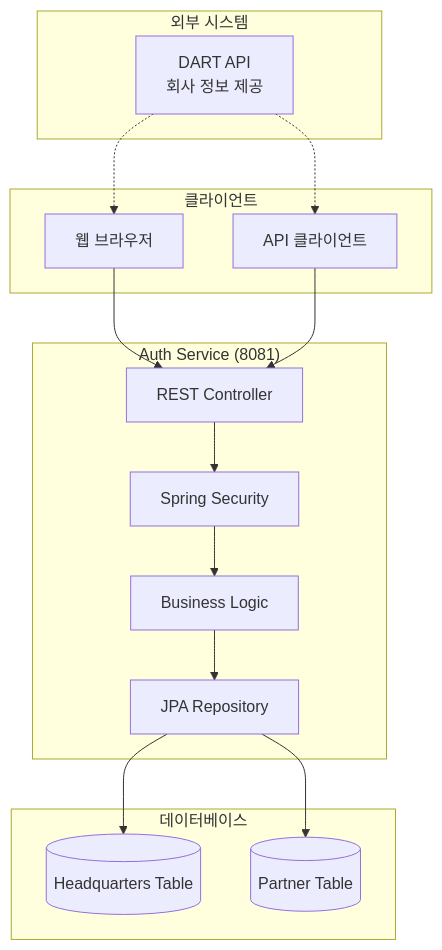
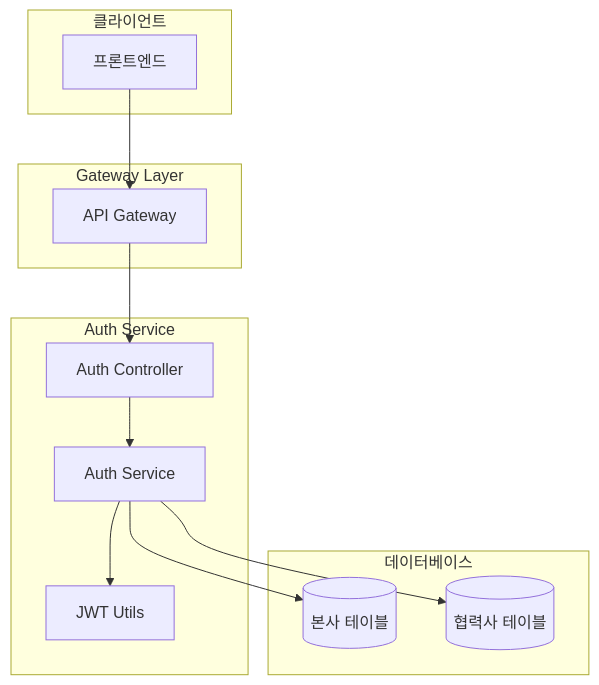
One commit to NSMM-v2/auth-service changed the first of 6 diagrams in README.md. Above: the diagram before and after it, drawn with Mermaid. The commit also changed other lines of this file and 5 other files, not shown here.

````diff
--- a/README.md
+++ b/README.md
@@ -43,36 +28,28 @@
 ```mermaid
 graph TB
     subgraph "클라이언트"
-        WEB[웹 브라우저]
-        API[API 클라이언트]
+        FE[프론트엔드]
     end
-
-    subgraph "Auth Service (8081)"
-        CONTROLLER[REST Controller]
-        SERVICE[Business Logic]
-        SECURITY[Spring Security]
-        REPOSITORY[JPA Repository]
+    
+    subgraph "Gateway Layer"
+        GW[API Gateway]
     end
-
-    subgraph "외부 시스템"
-        DART[DART API<br/>회사 정보 제공]
+    
+    subgraph "Auth Service"
+        AC[Auth Controller]
+        AS[Auth Service]
+        JWT[JWT Utils]
     end
-
+    
     subgraph "데이터베이스"
-        HQ_TABLE[(Headquarters Table)]
-        PARTNER_TABLE[(Partner Table)]
+        HQ_DB[(본사 테이블)]
+        PT_DB[(협력사 테이블)]
     end
-
-    WEB --> CONTROLLER
-    API --> CONTROLLER
-
-    CONTROLLER --> SECURITY
-    SECURITY --> SERVICE
-    SERVICE --> REPOSITORY
-
-    REPOSITORY --> HQ_TABLE
-    REPOSITORY --> PARTNER_TABLE
-
-    DART -.-> WEB
-    DART -.-> API
+    
+    FE --> GW
+    GW --> AC
+    AC --> AS
+    AS --> JWT
+    AS --> HQ_DB
+    AS --> PT_DB
 ```
````
